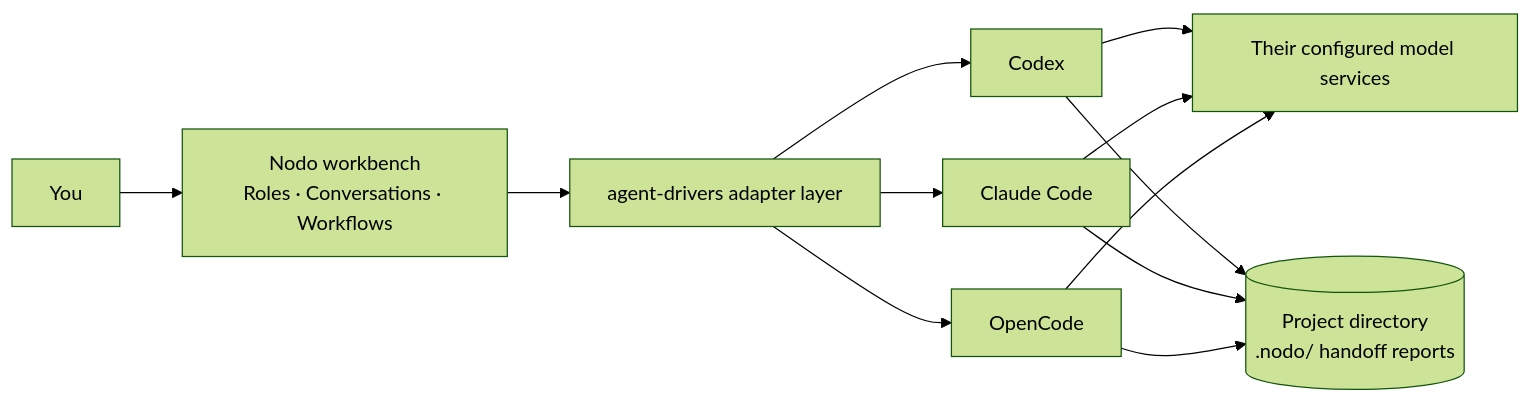
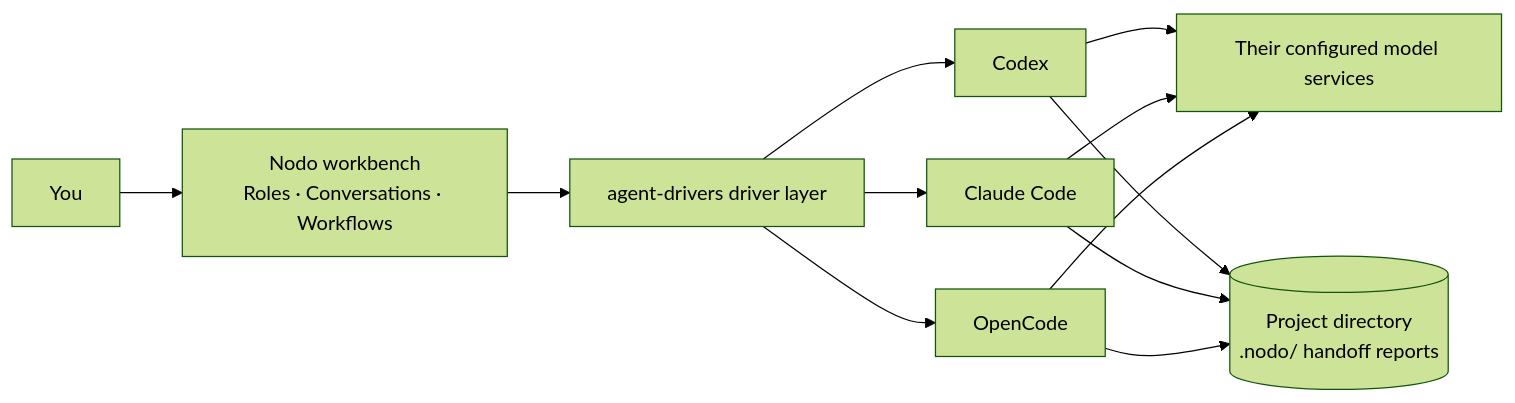
Before and after one commit to waikoeng234/Nodo: the diagram in README.en.md, drawn with Mermaid (forest theme). The commit also changed other lines of this file and 83 other files, not shown here.

````diff
--- a/README.en.md
+++ b/README.en.md
@@ -87,10 +87,10 @@
 ```mermaid
 flowchart LR
     U[You] --> N[Nodo workbench<br/>Roles · Conversations · Workflows]
-    N --> D[agent-drivers adapter layer]
+    N --> D[agent-drivers driver layer]
     D --> A1[Codex]
     D --> A2[Claude Code]
     D --> A3[OpenCode]
     A1 & A2 & A3 --> M[Their configured model services]
     A1 & A2 & A3 --> P[(Project directory<br/>.nodo/ handoff reports)]
 ```
````
